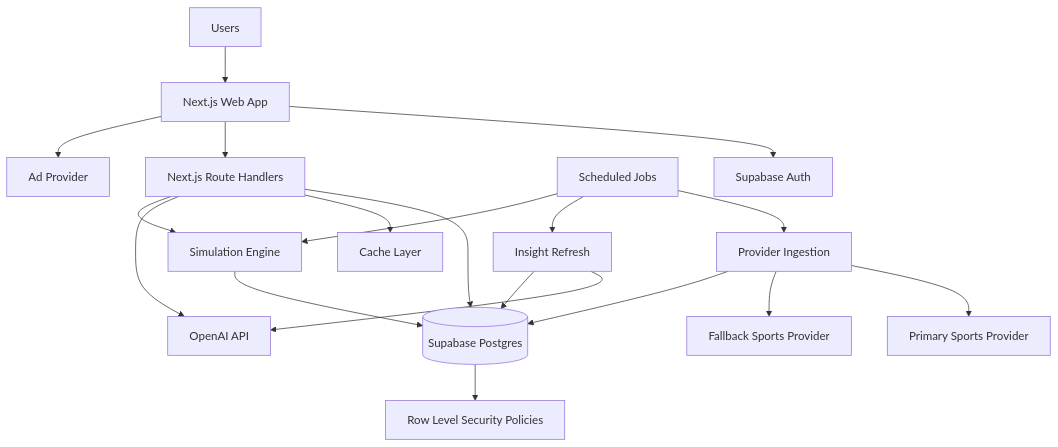
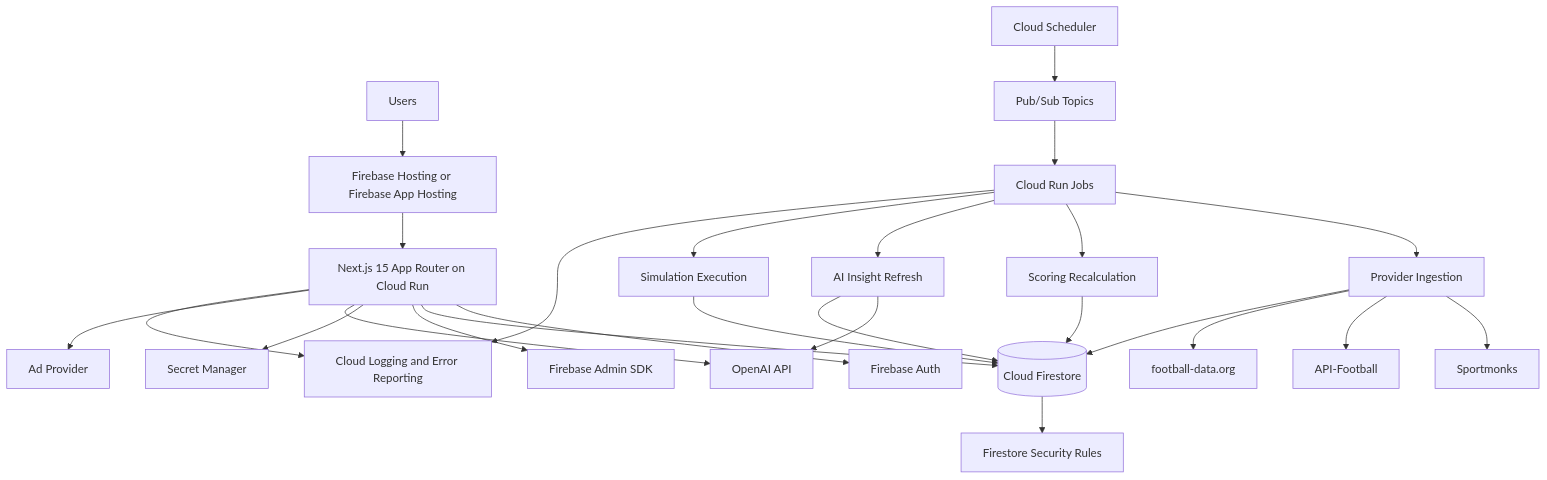
The diagram in docs/ARCHITECTURE.md (Komy95/MatchPulse), drawn with Mermaid before and after one commit. The commit also changed other lines of this file and 21 other files, not shown here.

Commit message:
Switch docs to Firebase GCP architecture

````diff
--- a/docs/ARCHITECTURE.md
+++ b/docs/ARCHITECTURE.md
@@ -9,26 +11,35 @@
 ```mermaid
 flowchart TD
-    U[Users] --> W[Next.js Web App]
-    W --> A[Supabase Auth]
-    W --> R[Next.js Route Handlers]
-    R --> DB[(Supabase Postgres)]
-    DB --> RLS[Row Level Security Policies]
+    U[Users] --> H[Firebase Hosting or Firebase App Hosting]
+    H --> NX[Next.js 15 App Router on Cloud Run]
+    NX --> FA[Firebase Auth]
+    NX --> FS[(Cloud Firestore)]
+    NX --> ADM[Firebase Admin SDK]
+    NX --> SM[Secret Manager]
+    NX --> OAI[OpenAI API]
+    NX --> ADS[Ad Provider]
 
-    R --> C[Cache Layer]
-    R --> OAI[OpenAI API]
-    R --> SIM[Simulation Engine]
+    FS --> RULES[Firestore Security Rules]
 
-    J[Scheduled Jobs] --> ING[Provider Ingestion]
-    ING --> P1[Primary Sports Provider]
-    ING --> P2[Fallback Sports Provider]
-    ING --> DB
+    CS[Cloud Scheduler] --> PS[Pub/Sub Topics]
+    PS --> JOBS[Cloud Run Jobs]
 
-    J --> INS[Insight Refresh]
+    JOBS --> ING[Provider Ingestion]
+    ING --> SP1[Sportmonks]
+    ING --> SP2[API-Football]
+    ING --> SP3[football-data.org]
+    ING --> FS
+
+    JOBS --> SCORE[Scoring Recalculation]
+    SCORE --> FS
+
+    JOBS --> INS[AI Insight Refresh]
     INS --> OAI
-    INS --> DB
+    INS --> FS
 
-    J --> SIM
-    SIM --> DB
+    JOBS --> SIM[Simulation Execution]
+    SIM --> FS
 
-    W --> ADS[Ad Provider]
+    NX --> LOG[Cloud Logging and Error Reporting]
+    JOBS --> LOG
 ```
````
